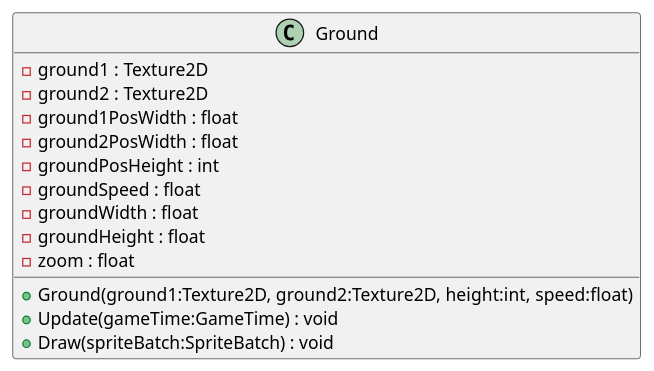
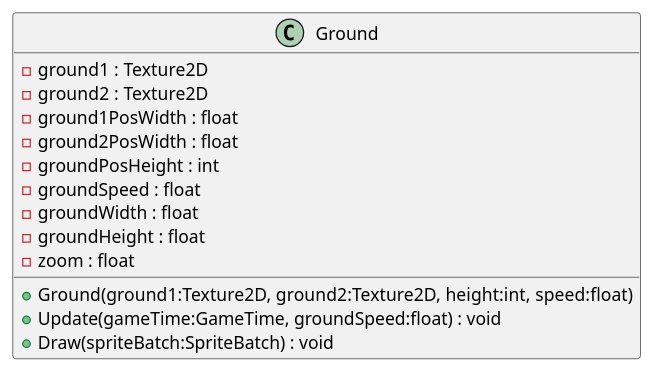
Before and after one commit to Famich1ki/T-rax-game: the diagram in UML/Ground.puml, drawn with PlantUML. The commit also changed 44 other files, not shown here.

```diff
--- a/UML/Ground.puml
+++ b/UML/Ground.puml
@@ -1,16 +1,16 @@
 @startuml
 class Ground {
     - ground1 : Texture2D
     - ground2 : Texture2D
     - ground1PosWidth : float
     - ground2PosWidth : float
     - groundPosHeight : int
     - groundSpeed : float
     - groundWidth : float
     - groundHeight : float
     - zoom : float
     + Ground(ground1:Texture2D, ground2:Texture2D, height:int, speed:float)
-    + Update(gameTime:GameTime) : void
+    + Update(gameTime:GameTime, groundSpeed:float) : void
     + Draw(spriteBatch:SpriteBatch) : void
 }
 @enduml
```
